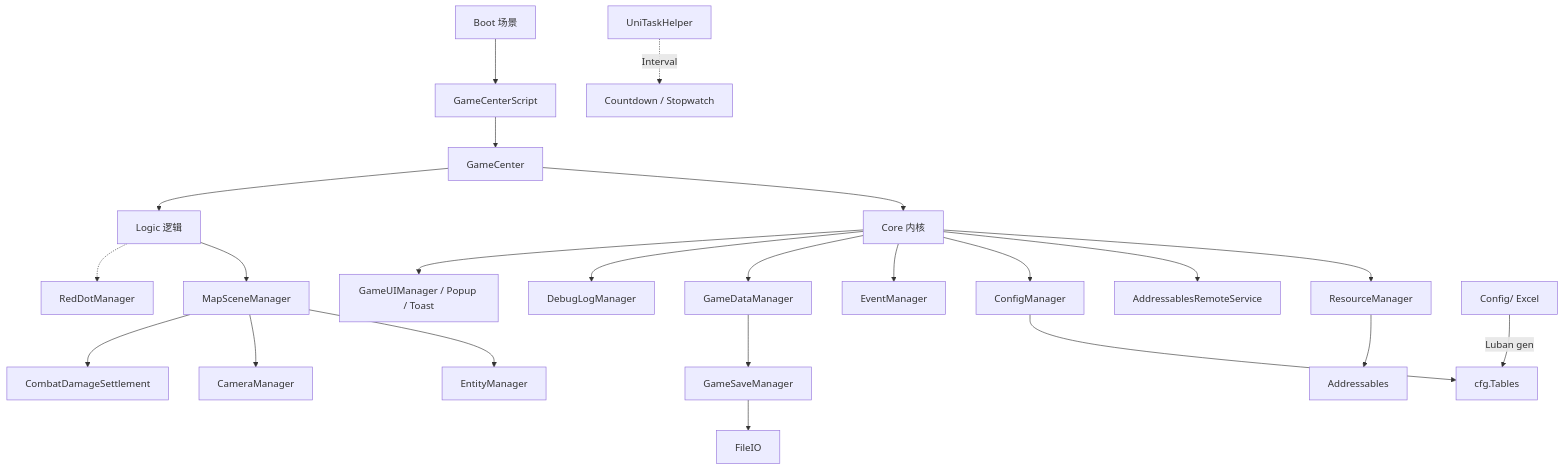
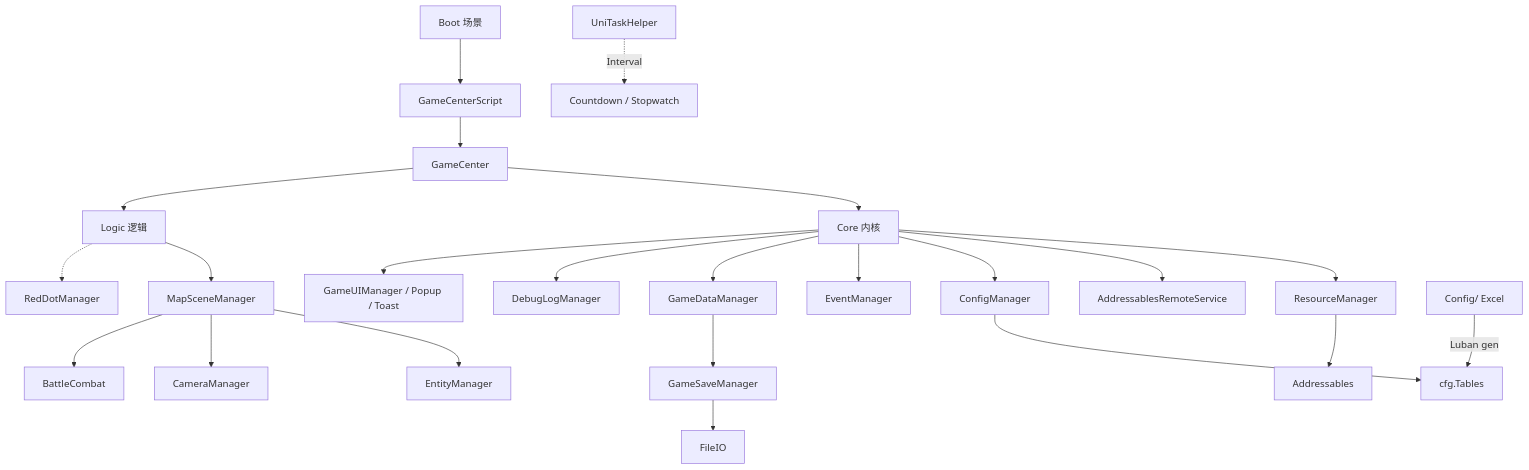
One commit to lyereb/Dragon changed the diagram in README.md. Above: the diagram before and after it, drawn with Mermaid. The commit also changed other lines of this file, not shown here.

````diff
--- a/README.md
+++ b/README.md
@@ -784,25 +935,25 @@
 ```mermaid
 flowchart TB
     Boot[Boot 场景] --> GCS[GameCenterScript]
     GCS --> GC[GameCenter]
     GC --> Core[Core 内核]
     GC --> Logic[Logic 逻辑]
     Core --> RM[ResourceManager]
     Core --> ARS[AddressablesRemoteService]
     Core --> CM[ConfigManager]
     Core --> EM[EventManager]
     Core --> DM[GameDataManager]
     Core --> DLM[DebugLogManager]
     Core --> UI[GameUIManager / Popup / Toast]
     Logic --> MSM[MapSceneManager]
     Logic -.-> RDM[RedDotManager]
     MSM --> EntM[EntityManager]
     MSM --> CamM[CameraManager]
-    MSM --> Combat[CombatDamageSettlement]
+    MSM --> Combat[BattleCombat]
     CM --> Luban[cfg.Tables]
     DM --> Save[GameSaveManager]
     Save --> FIO[FileIO]
     RM --> Addr[Addressables]
     Config[Config/ Excel] -->|Luban gen| Luban
     TimeLib[UniTaskHelper] -.->|Interval| CountDown[Countdown / Stopwatch]
 ```
````
